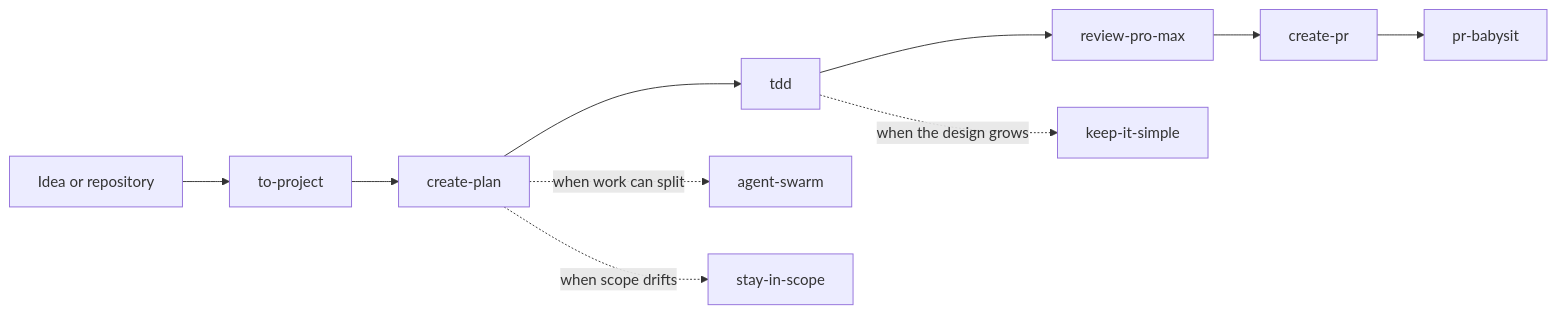
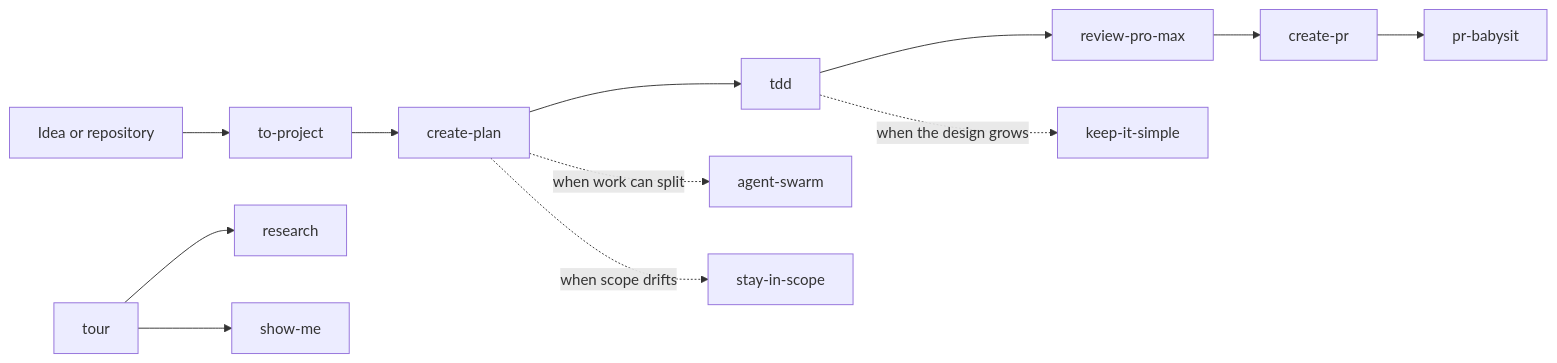
One commit to tzachbon/srulik-toolkit changed the diagram in README.md. Above: the diagram before and after it, drawn with Mermaid. The commit also changed other lines of this file and 11 other files, not shown here.

````diff
--- a/README.md
+++ b/README.md
@@ -99,12 +103,14 @@
 ```mermaid
 flowchart LR
     A["Idea or repository"] --> B["to-project"]
     B --> C["create-plan"]
     C --> D["tdd"]
     D --> E["review-pro-max"]
     E --> I["create-pr"]
     I --> J["pr-babysit"]
     C -. "when work can split" .-> F["agent-swarm"]
     C -. "when scope drifts" .-> G["stay-in-scope"]
     D -. "when the design grows" .-> H["keep-it-simple"]
+    K["tour"] --> L["research"]
+    K --> M["show-me"]
 ```
````
